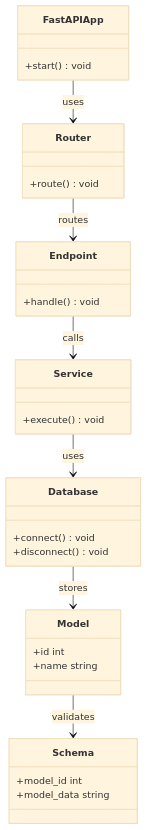
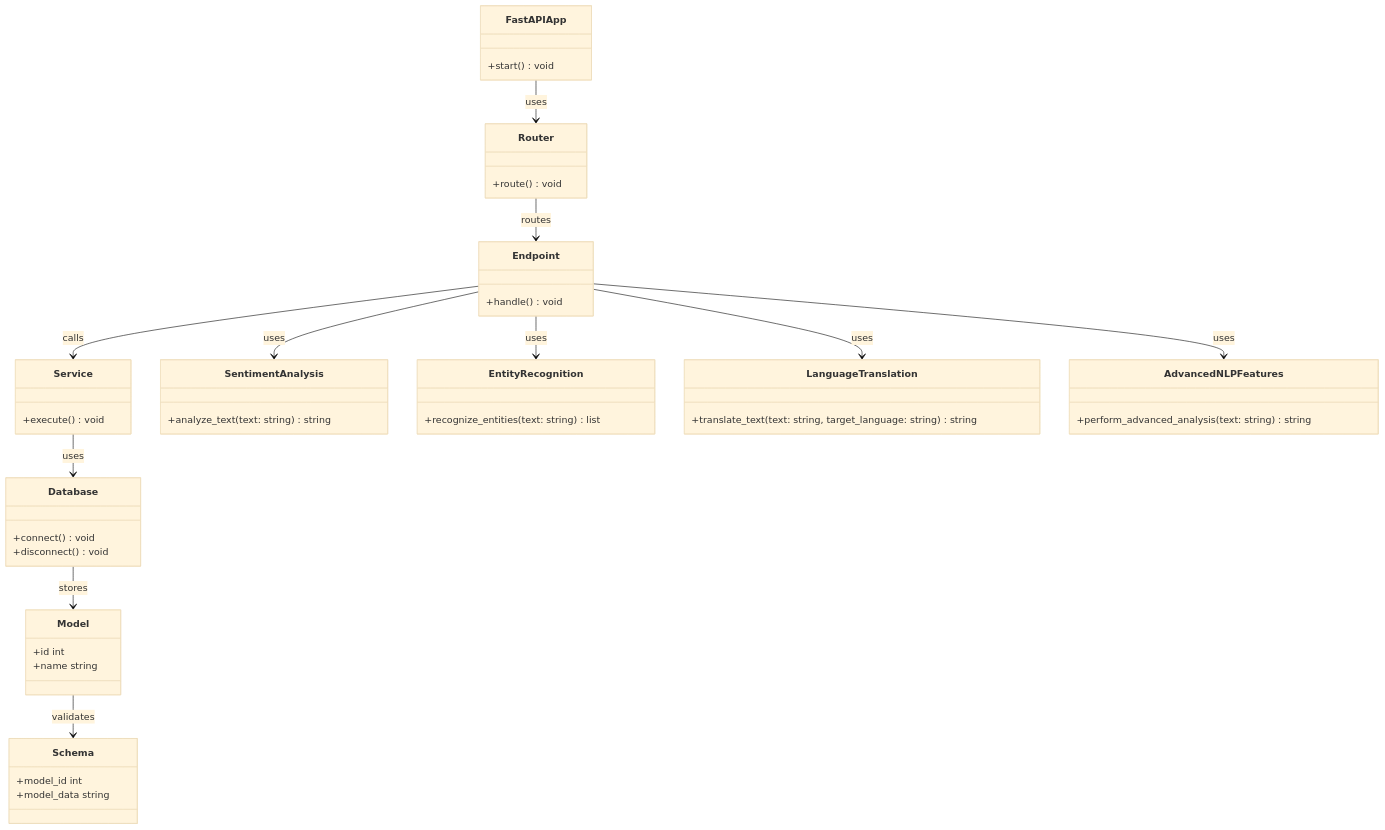
Before and after one commit to eagurin/Singularity: the diagram in resources/data_api_design/20240713111106.mmd, drawn with Mermaid (base theme). The commit also changed 490 other files, not shown here.

```diff
--- a/resources/data_api_design/20240713111106.mmd
+++ b/resources/data_api_design/20240713111106.mmd
@@ -1,32 +1,48 @@
 
 classDiagram
     class FastAPIApp {
         +start() void
     }
     class Router {
         +route() void
     }
     class Endpoint {
         +handle() void
     }
     class Service {
         +execute() void
     }
     class Database {
         +connect() void
         +disconnect() void
     }
     class Model {
         +id int
         +name string
     }
     class Schema {
         +model_id int
         +model_data string
     }
+    class SentimentAnalysis {
+        +analyze_text(text: string) string
+    }
+    class EntityRecognition {
+        +recognize_entities(text: string) list
+    }
+    class LanguageTranslation {
+        +translate_text(text: string, target_language: string) string
+    }
+    class AdvancedNLPFeatures {
+        +perform_advanced_analysis(text: string) string
+    }
     FastAPIApp --> Router : uses
     Router --> Endpoint : routes
     Endpoint --> Service : calls
     Service --> Database : uses
     Database --> Model : stores
     Model --> Schema : validates
+    Endpoint --> SentimentAnalysis : uses
+    Endpoint --> EntityRecognition : uses
+    Endpoint --> LanguageTranslation : uses
+    Endpoint --> AdvancedNLPFeatures : uses
```
